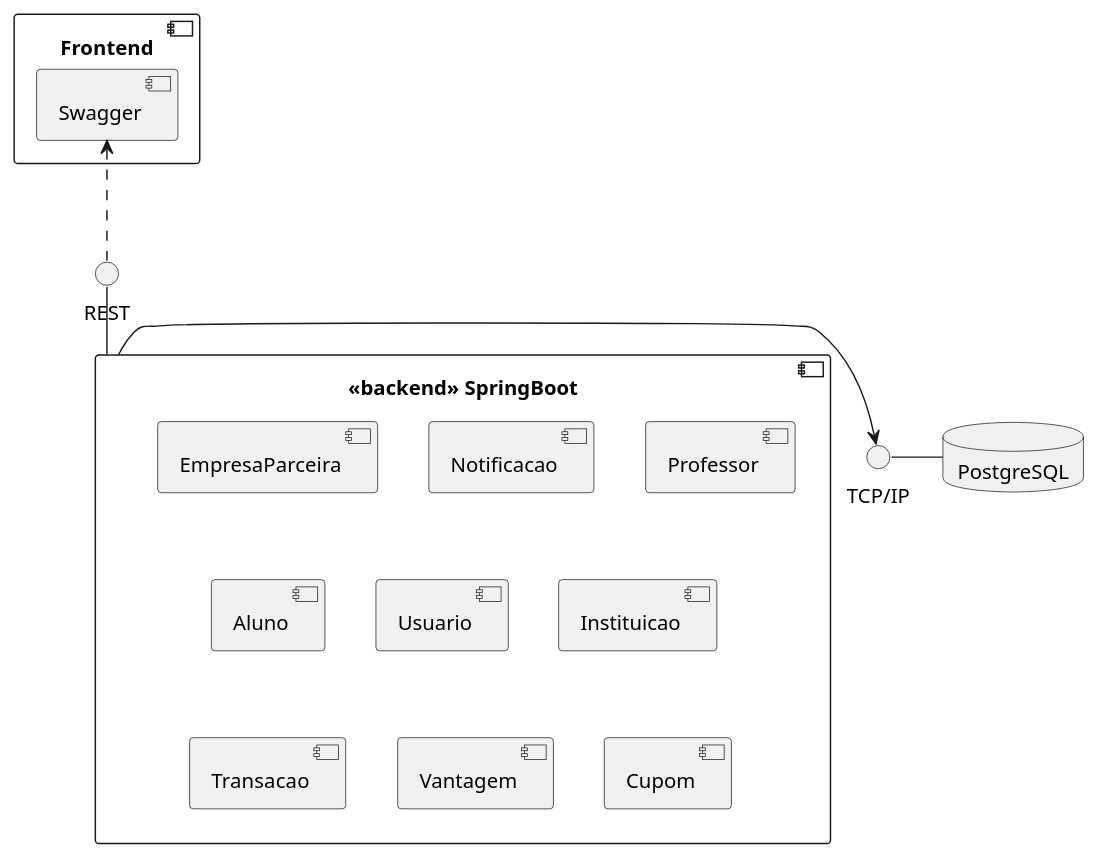
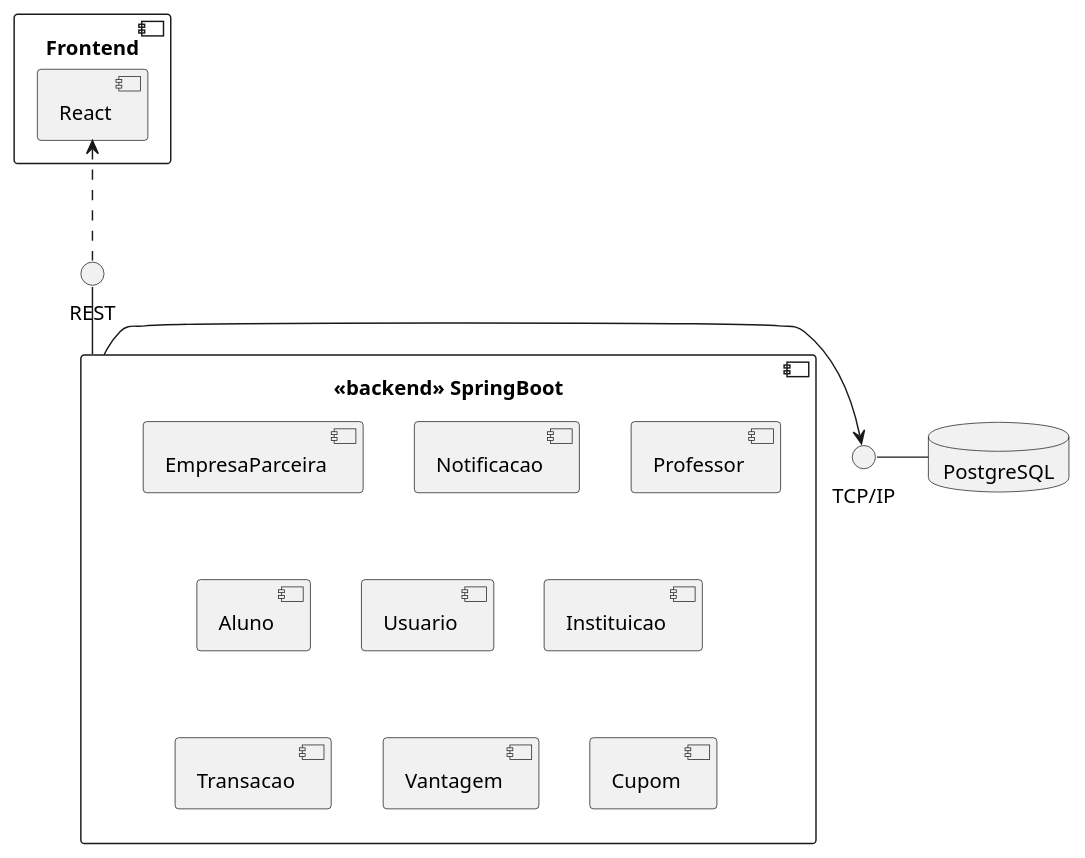
The diagram in project/code/componentsDiagram.puml (RafaMtF/LDS-Lab03), drawn with PlantUML before and after one commit. The commit also changed 5 other files, not shown here.

```diff
--- a/project/code/componentsDiagram.puml
+++ b/project/code/componentsDiagram.puml
@@ -1,30 +1,29 @@
 @startuml
 interface "REST" as R1
 interface "TCP/IP" as T1
 
 component "Frontend" {
-   component "Swagger" as SW
+   component "React" as RC
 }
 
 component "<<backend>> SpringBoot" as SB {
 [EmpresaParceira]
 [Notificacao]
 [Professor]
 [Aluno]
 [Usuario]
 [Instituicao]
 [Transacao]
 [Vantagem]
 [Cupom]
 }
 
 database "PostgreSQL" as PG {
 }
 
 SB -up- R1
-SW <.. R1 
+RC <.. R1 
 
 T1 - PG
 SB -right-> T1
-
 @enduml
```
